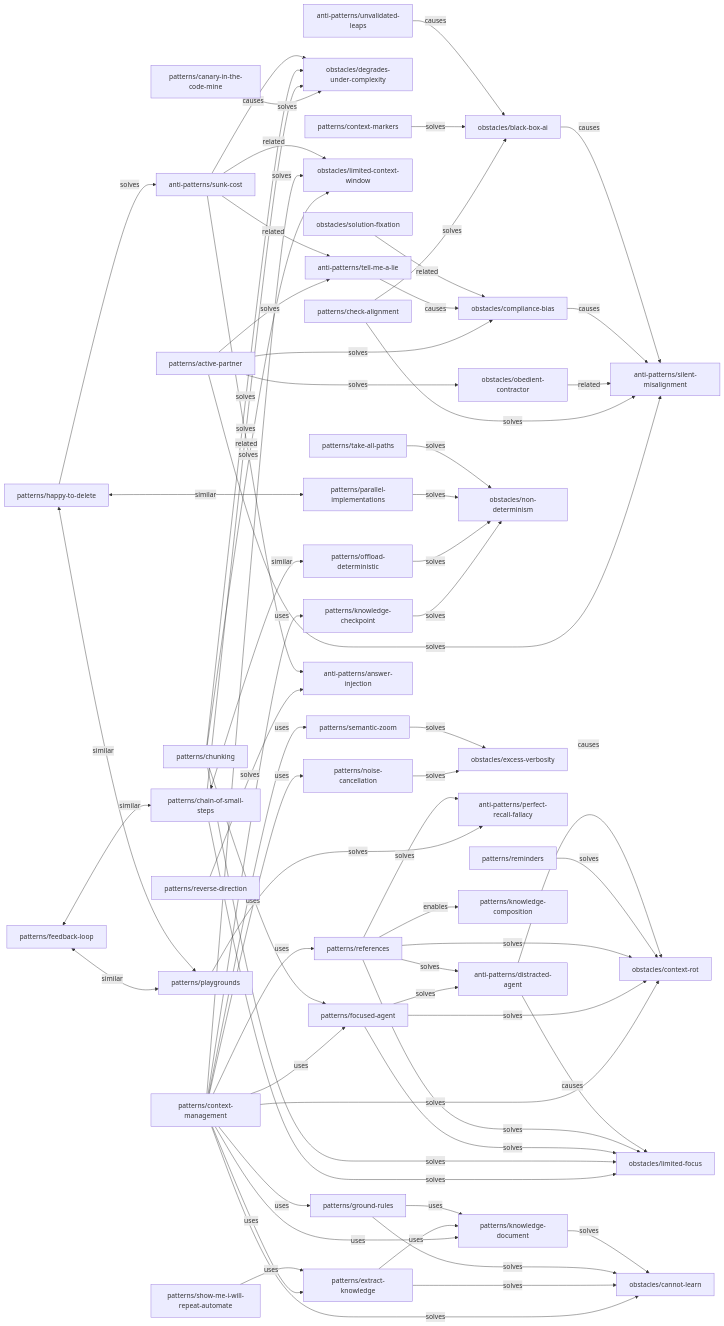
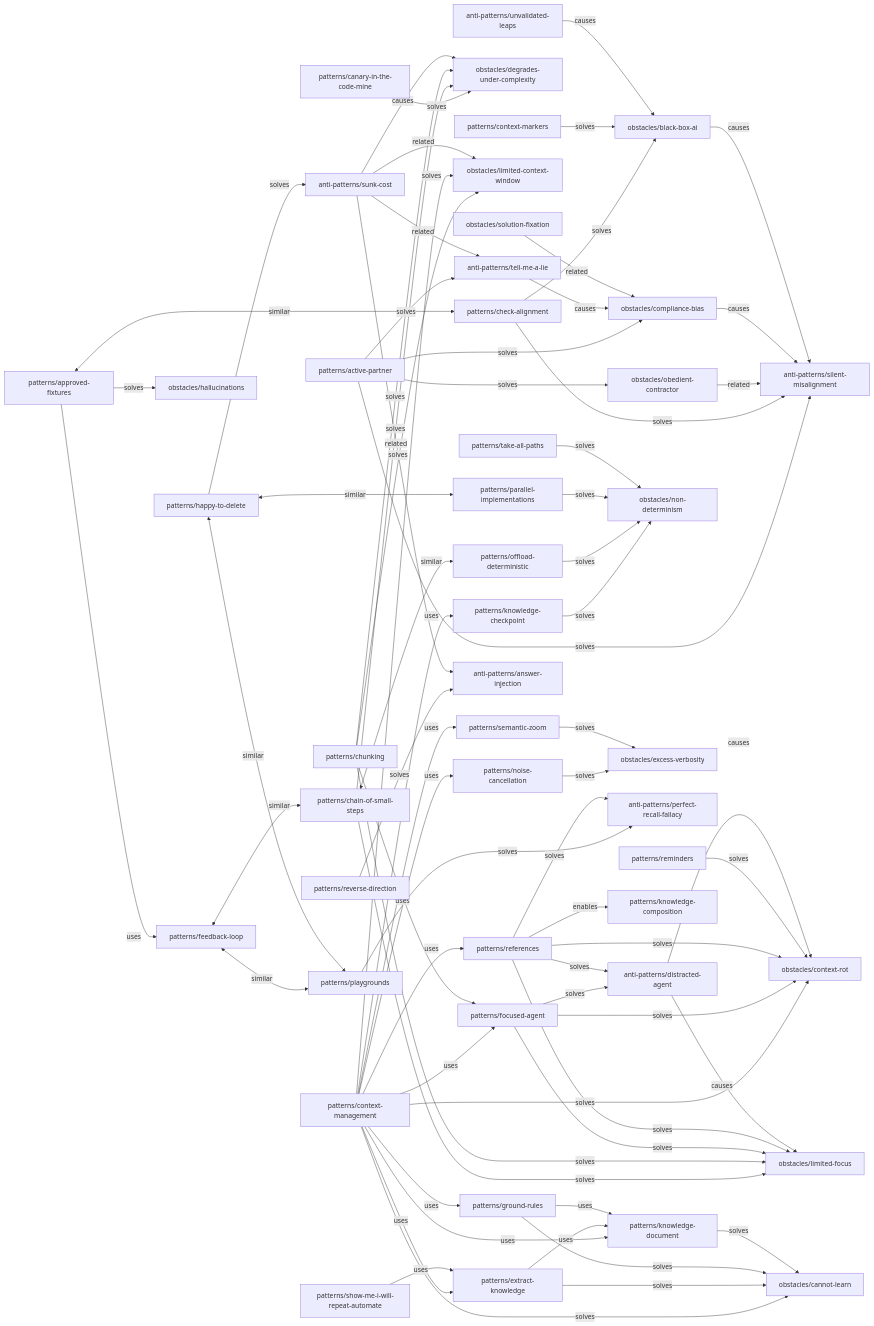
One commit to nitsanavni/augmented-coding-patterns changed the diagram in documents/relationships.mmd. Above: the diagram before and after it, drawn with Mermaid.

Commit message:
approved fixture initial version

```diff
--- a/documents/relationships.mmd
+++ b/documents/relationships.mmd
@@ -1,84 +1,87 @@
 graph LR
   %% Centralized relationship graph with semantic types
   %% Types: solves, similar, enables, uses, causes, alternative, related
 
   %% Pattern → Anti-pattern/Obstacle relationships (solves)
   patterns/active-partner -->|solves| anti-patterns/silent-misalignment
   patterns/active-partner -->|solves| anti-patterns/tell-me-a-lie
   patterns/active-partner -->|solves| obstacles/compliance-bias
   patterns/active-partner -->|solves| obstacles/obedient-contractor
   patterns/canary-in-the-code-mine -->|solves| obstacles/degrades-under-complexity
   patterns/chain-of-small-steps -->|solves| obstacles/degrades-under-complexity
   patterns/chain-of-small-steps -->|solves| obstacles/limited-focus
   patterns/check-alignment -->|solves| anti-patterns/silent-misalignment
   patterns/check-alignment -->|solves| obstacles/black-box-ai
   patterns/chunking -->|solves| obstacles/limited-focus
   patterns/chunking -->|solves| obstacles/limited-context-window
   patterns/chunking -->|solves| obstacles/degrades-under-complexity
   patterns/context-management -->|solves| obstacles/cannot-learn
   patterns/context-management -->|solves| obstacles/context-rot
   patterns/context-management -->|solves| obstacles/limited-context-window
   patterns/context-markers -->|solves| obstacles/black-box-ai
   patterns/extract-knowledge -->|solves| obstacles/cannot-learn
   patterns/focused-agent -->|solves| anti-patterns/distracted-agent
   patterns/focused-agent -->|solves| obstacles/limited-focus
   patterns/focused-agent -->|solves| obstacles/context-rot
   patterns/ground-rules -->|solves| obstacles/cannot-learn
   patterns/happy-to-delete -->|solves| anti-patterns/sunk-cost
   patterns/knowledge-checkpoint -->|solves| obstacles/non-determinism
   patterns/knowledge-document -->|solves| obstacles/cannot-learn
   patterns/noise-cancellation -->|solves| obstacles/excess-verbosity
   patterns/semantic-zoom -->|solves| obstacles/excess-verbosity
   patterns/offload-deterministic -->|solves| obstacles/non-determinism
   patterns/parallel-implementations -->|solves| obstacles/non-determinism
   patterns/playgrounds -->|solves| anti-patterns/perfect-recall-fallacy
   patterns/references -->|solves| anti-patterns/distracted-agent
   patterns/references -->|solves| obstacles/limited-focus
   patterns/references -->|solves| obstacles/context-rot
   patterns/references -->|solves| anti-patterns/perfect-recall-fallacy
   patterns/reminders -->|solves| obstacles/context-rot
   patterns/reverse-direction -->|solves| anti-patterns/answer-injection
   patterns/take-all-paths -->|solves| obstacles/non-determinism
+  patterns/approved-fixtures -->|solves| obstacles/hallucinations
 
   %% Pattern → Pattern relationships (enables, uses, similar, alternative)
   patterns/references -->|enables| patterns/knowledge-composition
   patterns/context-management -->|uses| patterns/ground-rules
   patterns/context-management -->|uses| patterns/references
   patterns/context-management -->|uses| patterns/knowledge-document
   patterns/context-management -->|uses| patterns/extract-knowledge
   patterns/context-management -->|uses| patterns/knowledge-checkpoint
   patterns/context-management -->|uses| patterns/focused-agent
   patterns/context-management -->|uses| patterns/semantic-zoom
   patterns/context-management -->|uses| patterns/noise-cancellation
   patterns/extract-knowledge -->|uses| patterns/knowledge-document
   patterns/ground-rules -->|uses| patterns/knowledge-document
   patterns/show-me-i-will-repeat-automate -->|uses| patterns/extract-knowledge
   patterns/chunking -->|uses| patterns/focused-agent
+  patterns/approved-fixtures -->|uses| patterns/feedback-loop
   patterns/feedback-loop <-->|similar| patterns/playgrounds
   patterns/feedback-loop <-->|similar| patterns/chain-of-small-steps
   patterns/chain-of-small-steps <-->|similar| patterns/offload-deterministic
   patterns/happy-to-delete <-->|similar| patterns/parallel-implementations
   patterns/happy-to-delete <-->|similar| patterns/playgrounds
+  patterns/approved-fixtures <-->|similar| patterns/check-alignment
 
   %% Anti-pattern → Obstacle relationships (causes)
   anti-patterns/distracted-agent -->|causes| obstacles/limited-focus
   anti-patterns/distracted-agent -->|causes| obstacles/context-rot
 
   anti-patterns/tell-me-a-lie -->|causes| obstacles/compliance-bias
   anti-patterns/unvalidated-leaps -->|causes| obstacles/black-box-ai
   anti-patterns/sunk-cost -->|causes| obstacles/degrades-under-complexity
 
   %% Anti-pattern → Anti-pattern relationships (related)
   anti-patterns/sunk-cost -->|related| anti-patterns/answer-injection
   anti-patterns/sunk-cost -->|related| anti-patterns/tell-me-a-lie
 
   %% Anti-pattern → Obstacle relationships (related/causes)
   anti-patterns/sunk-cost -->|related| obstacles/limited-context-window
 
   %% Obstacle → Obstacle relationships (related)
   obstacles/solution-fixation -->|related| obstacles/compliance-bias
 
   %% Obstacle → Anti-pattern relationships (related)
   obstacles/obedient-contractor -->|related| anti-patterns/silent-misalignment
   obstacles/compliance-bias -->|causes| anti-patterns/silent-misalignment
   obstacles/black-box-ai -->|causes| anti-patterns/silent-misalignment
```
